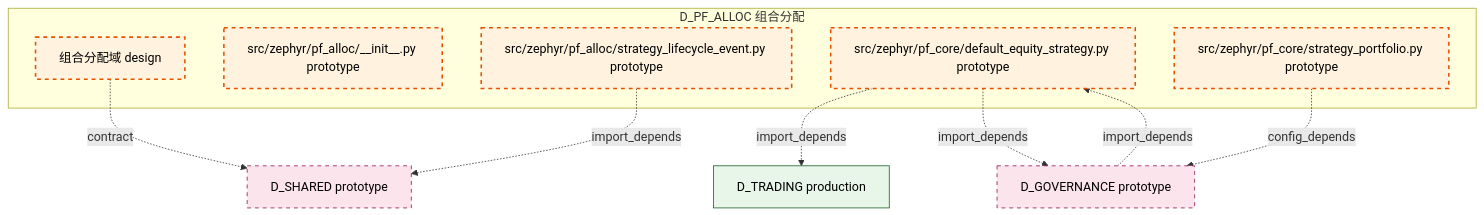
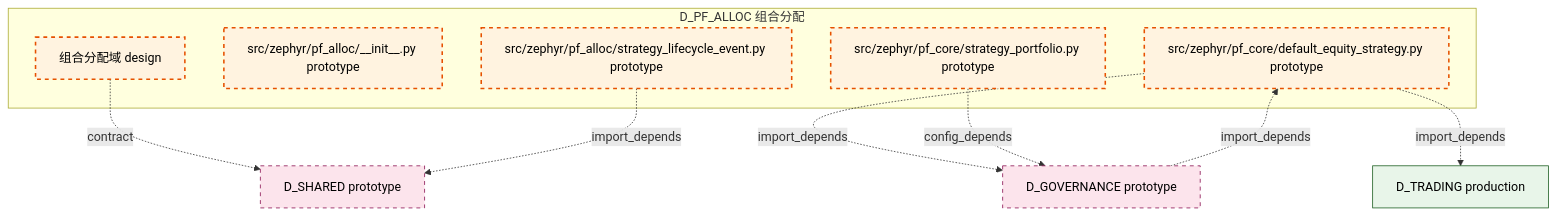
The diagram in docs/02_enterprise_architecture/02_domain_architecture_docs/44_d_pf_alloc.md (xuanFelixVan/ZephyrAlpha), drawn with Mermaid before and after one commit. The commit also changed other lines of this file and 105 other files, not shown here.

````diff
--- a/docs/02_enterprise_architecture/02_domain_architecture_docs/44_d_pf_alloc.md
+++ b/docs/02_enterprise_architecture/02_domain_architecture_docs/44_d_pf_alloc.md
@@ -47,26 +47,26 @@
 ```mermaid
 graph TD
     subgraph D_PF_ALLOC["D_PF_ALLOC 组合分配"]
         src_zephyr_pf_alloc["组合分配域 design"]
         src_zephyr_pf_alloc_init_py["src/zephyr/pf_alloc/__init__.py prototype"]
         src_zephyr_pf_alloc_strategy_lifecycle_event_py["src/zephyr/pf_alloc/strategy_lifecycle_event.py prototype"]
         src_zephyr_pf_core_default_equity_strategy_py["src/zephyr/pf_core/default_equity_strategy.py prototype"]
         src_zephyr_pf_core_strategy_portfolio_py["src/zephyr/pf_core/strategy_portfolio.py prototype"]
     end
     D_SHARED["D_SHARED prototype"]
     src_zephyr_pf_alloc -.->|contract| D_SHARED
+    D_GOVERNANCE["D_GOVERNANCE prototype"]
+    src_zephyr_pf_core_default_equity_strategy_py -.->|import_depends| D_GOVERNANCE
     D_TRADING["D_TRADING production"]
     src_zephyr_pf_core_default_equity_strategy_py -.->|import_depends| D_TRADING
-    D_GOVERNANCE["D_GOVERNANCE prototype"]
-    src_zephyr_pf_core_default_equity_strategy_py -.->|import_depends| D_GOVERNANCE
     src_zephyr_pf_core_strategy_portfolio_py -.->|config_depends| D_GOVERNANCE
     src_zephyr_pf_alloc_strategy_lifecycle_event_py -.->|import_depends| D_SHARED
     D_GOVERNANCE -.->|import_depends| src_zephyr_pf_core_default_equity_strategy_py
     classDef production fill:#e1f5fe,stroke:#01579b,stroke-width:2px,color:#000
     classDef design fill:#fff3e0,stroke:#e65100,stroke-width:2px,color:#000,stroke-dasharray: 5 5
     classDef external_prod fill:#e8f5e9,stroke:#1b5e20,stroke-width:1px,color:#000
     classDef external_design fill:#fce4ec,stroke:#880e4f,stroke-width:1px,color:#000,stroke-dasharray: 5 5
     class src_zephyr_pf_alloc,src_zephyr_pf_alloc_init_py,src_zephyr_pf_alloc_strategy_lifecycle_event_py,src_zephyr_pf_core_default_equity_strategy_py,src_zephyr_pf_core_strategy_portfolio_py design
     class D_TRADING external_prod
     class D_SHARED,D_GOVERNANCE external_design
 ```
````
